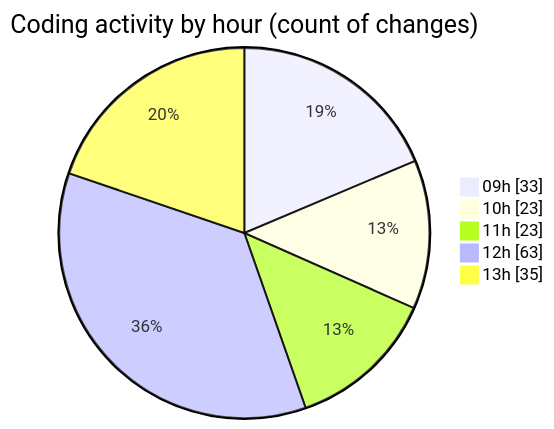
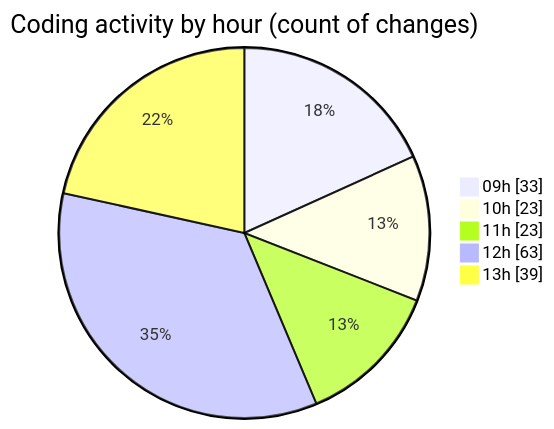
Before and after one commit to CELIANVF/code-tracking: the second of 2 diagrams in 2025-05-20/ecodeli-1/README.md, drawn with Mermaid. The commit also changed other lines of this file and 1 other file, not shown here.

````diff
--- a/2025-05-20/ecodeli-1/README.md
+++ b/2025-05-20/ecodeli-1/README.md
@@ -95,9 +95,9 @@
 ```mermaid
 pie showData
 title Coding activity by hour (count of changes)
 "09h" : 33
 "10h" : 23
 "11h" : 23
 "12h" : 63
-"13h" : 35
+"13h" : 39
 ```
````
